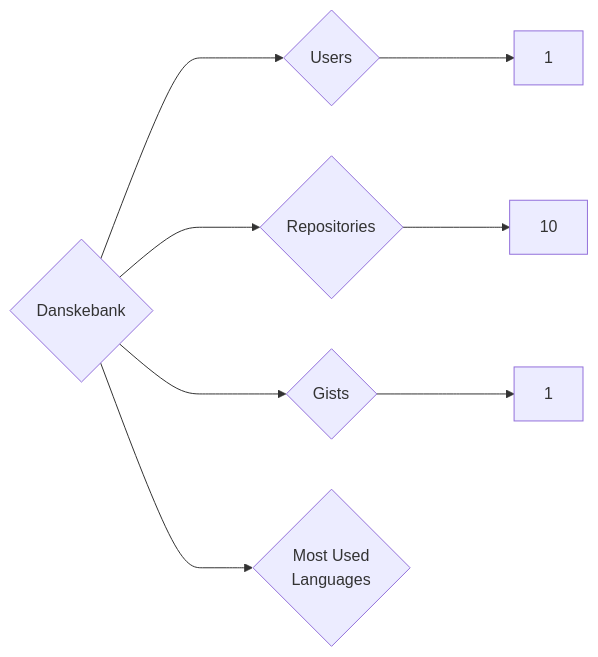
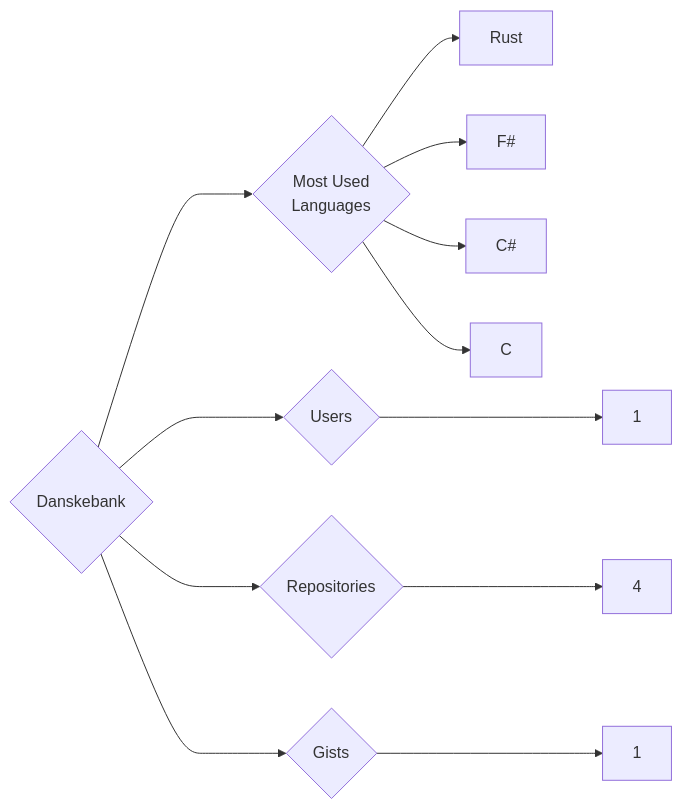
Before and after one commit to trickest/insiders: the diagram in targets/Danskebank/README.md, drawn with Mermaid. The commit also changed 938 other files, not shown here.

````diff
--- a/targets/Danskebank/README.md
+++ b/targets/Danskebank/README.md
@@ -3,8 +3,12 @@
 ```mermaid
 graph LR
 COMPANY_NAME{Danskebank}
 COMPANY_NAME ---> U{Users} ---> UN[1]
-COMPANY_NAME ---> R{Repositories} ---> RN[10]
+COMPANY_NAME ---> R{Repositories} ---> RN[4]
 COMPANY_NAME ---> G{Gists} ---> GN[1]
 COMPANY_NAME ---> ML{Most Used<br>Languages}
+ML --> Rust[Rust]
+ML --> F#[F#]
+ML --> C#[C#]
+ML --> C[C]
 ```
````
